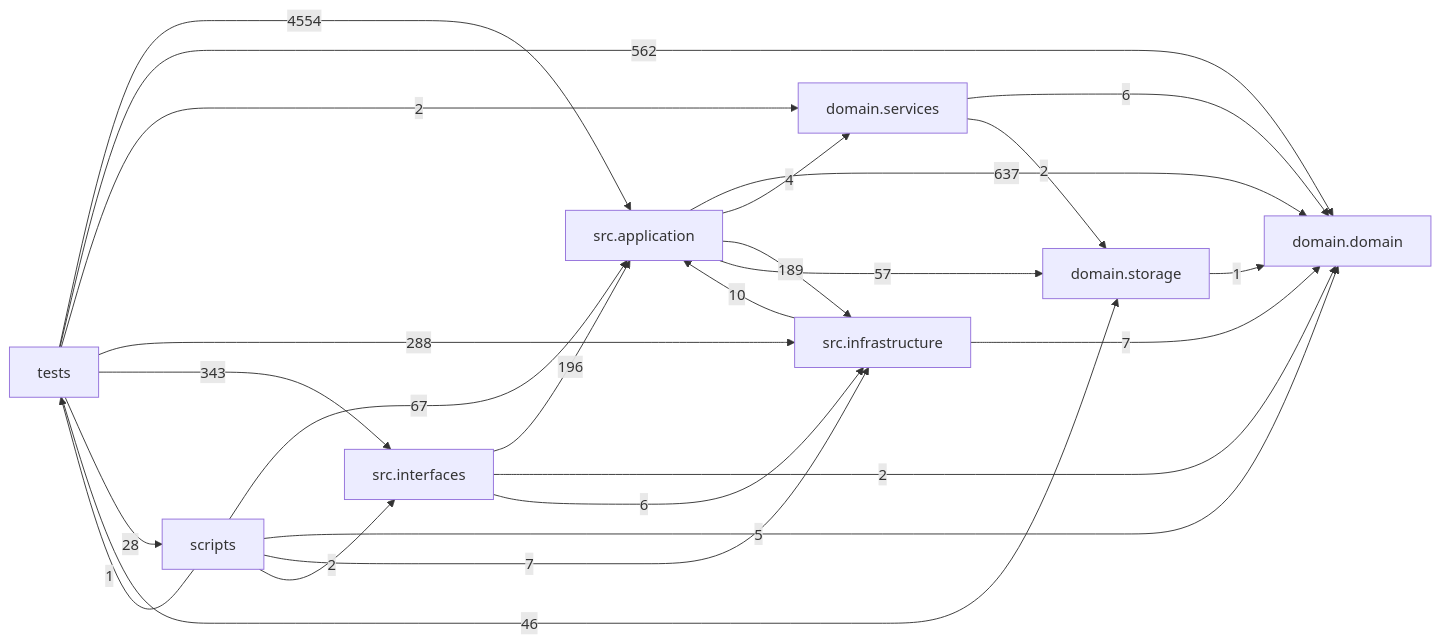
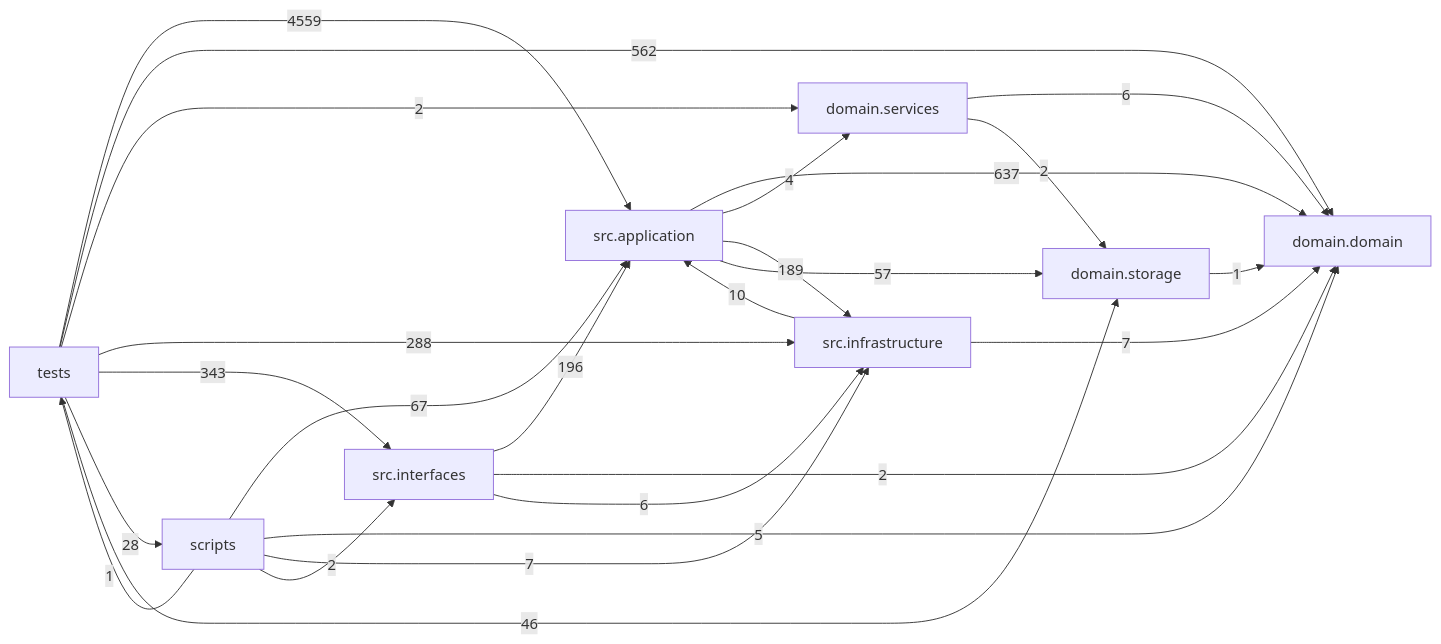
Before and after one commit to liuxie066/options-monitor: the diagram in docs/DEPENDENCY_GRAPH.md, drawn with Mermaid. The commit also changed other lines of this file and 7 other files, not shown here.

````diff
--- a/docs/DEPENDENCY_GRAPH.md
+++ b/docs/DEPENDENCY_GRAPH.md
@@ -24,35 +24,35 @@
 ```mermaid
 flowchart LR
   tests["tests"]
   scripts["scripts"]
   interfaces["src.interfaces"]
   application["src.application"]
   infrastructure["src.infrastructure"]
   domain_services["domain.services"]
   domain["domain.domain"]
   storage["domain.storage"]
   application -->|637| domain
   application -->|4| domain_services
   application -->|189| infrastructure
   application -->|57| storage
   domain_services -->|6| domain
   domain_services -->|2| storage
   infrastructure -->|10| application
   infrastructure -->|7| domain
   interfaces -->|196| application
   interfaces -->|2| domain
   interfaces -->|6| infrastructure
   scripts -->|67| application
   scripts -->|5| domain
   scripts -->|7| infrastructure
   scripts -->|2| interfaces
   scripts -->|1| tests
   storage -->|1| domain
-  tests -->|4554| application
+  tests -->|4559| application
   tests -->|562| domain
   tests -->|2| domain_services
   tests -->|288| infrastructure
   tests -->|343| interfaces
   tests -->|28| scripts
   tests -->|46| storage
 ```
````
